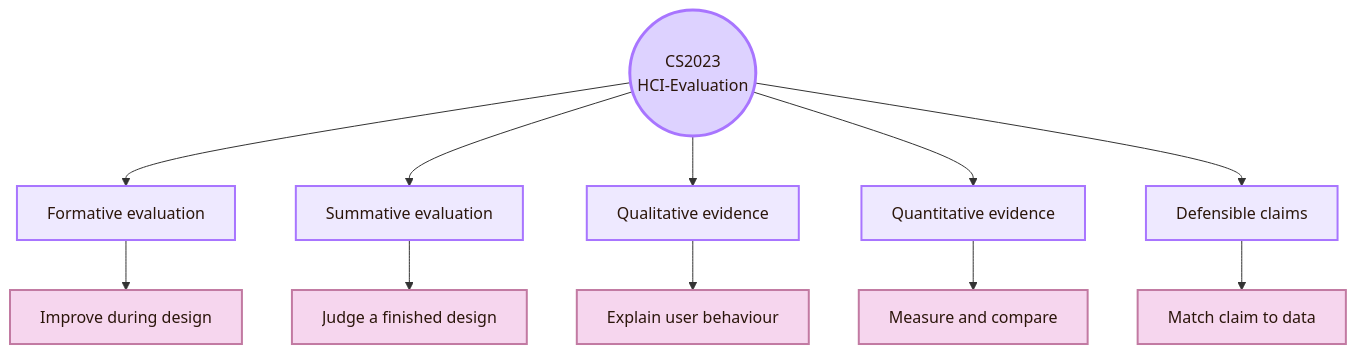
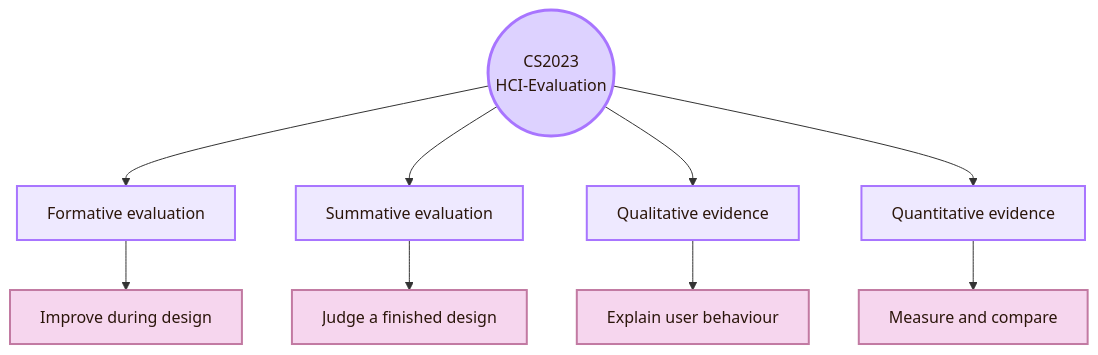
The second of 5 diagrams in 01_Core_Area_HCI/001_Subareas/03_Evaluating_the_Design/Important People.md (andreitegzes06-ui/CogniShire), drawn with Mermaid before and after one commit. The commit also changed other lines of this file and 131 other files, not shown here.

````diff
--- a/01_Core_Area_HCI/001_Subareas/03_Evaluating_the_Design/Important People.md
+++ b/01_Core_Area_HCI/001_Subareas/03_Evaluating_the_Design/Important People.md
@@ -82,24 +78,22 @@
 ```mermaid
 flowchart TB
     A((CS2023<br/>HCI-Evaluation))
 
     A --> B[Formative evaluation]
     A --> C[Summative evaluation]
     A --> D[Qualitative evidence]
     A --> E[Quantitative evidence]
-    A --> F[Defensible claims]
 
     B --> B1[Improve during design]
     C --> C1[Judge a finished design]
     D --> D1[Explain user behaviour]
     E --> E1[Measure and compare]
-    F --> F1[Match claim to data]
 
     classDef center fill:#ddd2ff,stroke:#a875ff,color:#2b160b,stroke-width:3px;
     classDef node fill:#eee9ff,stroke:#a875ff,color:#2b160b,stroke-width:2px;
     classDef detail fill:#f6d6ee,stroke:#c27aa2,color:#2b160b,stroke-width:2px;
 
     class A center;
     class B,C,D,E,F node;
     class B1,C1,D1,E1,F1 detail;
 ```
````
